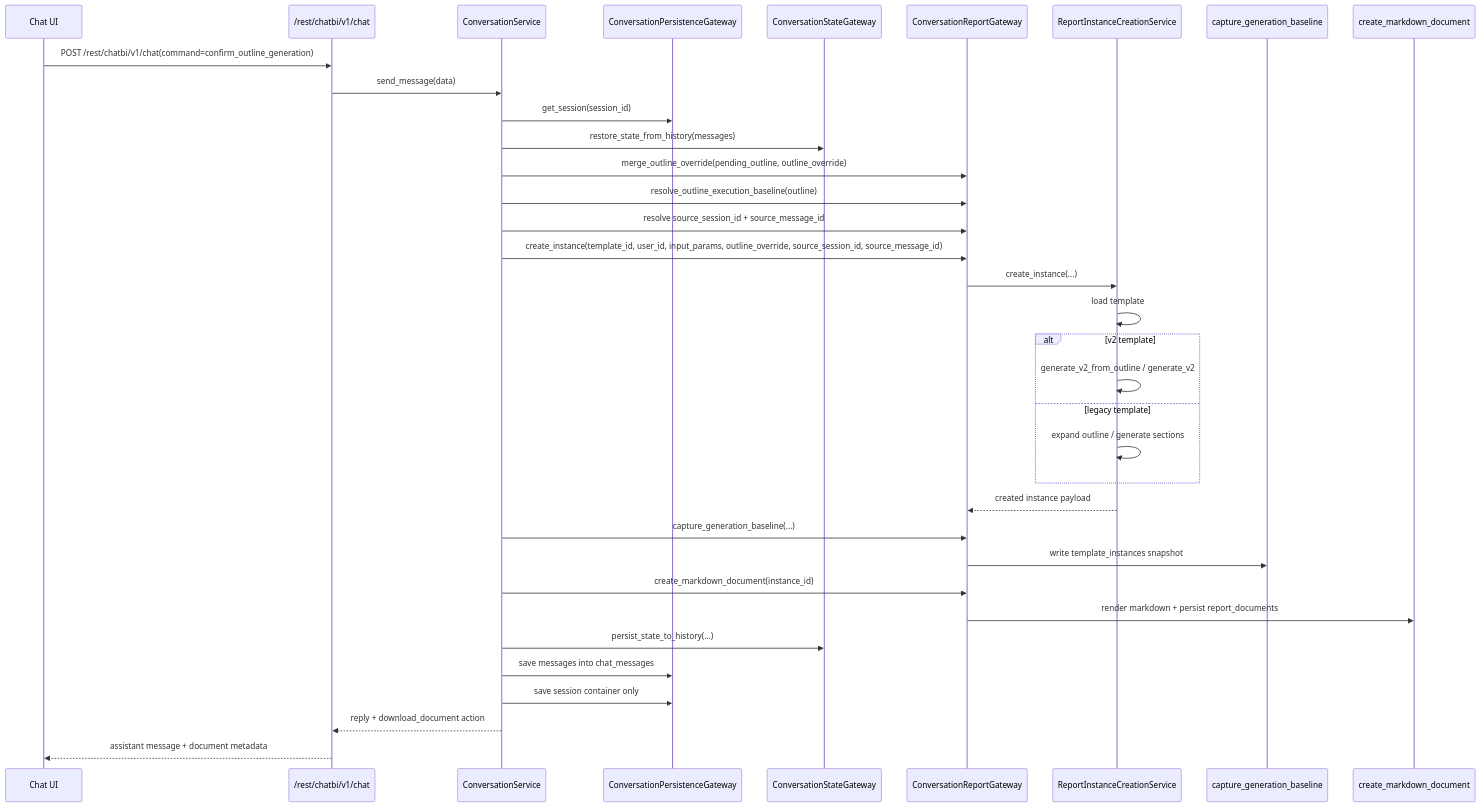
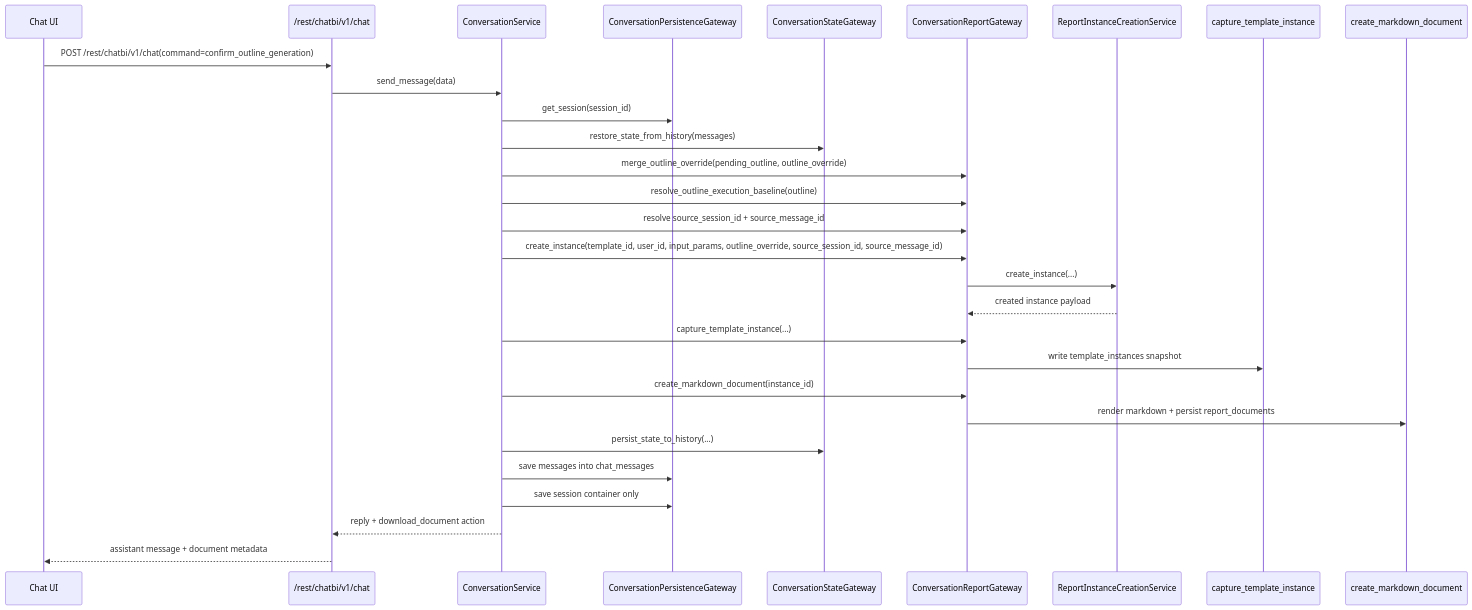
The first of 3 diagrams in design/implementation/runtime_sequences.md (shel447/ReportSystem), drawn with Mermaid before and after one commit. The commit also changed other lines of this file and 15 other files, not shown here.

````diff
--- a/design/implementation/runtime_sequences.md
+++ b/design/implementation/runtime_sequences.md
@@ -19,38 +19,32 @@
 ```mermaid
 sequenceDiagram
     participant UI as Chat UI
     participant API as /rest/chatbi/v1/chat
     participant Conv as ConversationService
     participant Persist as ConversationPersistenceGateway
     participant State as ConversationStateGateway
     participant Report as ConversationReportGateway
     participant Runtime as ReportInstanceCreationService
-    participant Baseline as capture_generation_baseline
+    participant Baseline as capture_template_instance
     participant Doc as create_markdown_document
 
     UI->>API: POST /rest/chatbi/v1/chat(command=confirm_outline_generation)
     API->>Conv: send_message(data)
     Conv->>Persist: get_session(session_id)
     Conv->>State: restore_state_from_history(messages)
     Conv->>Report: merge_outline_override(pending_outline, outline_override)
     Conv->>Report: resolve_outline_execution_baseline(outline)
     Conv->>Report: resolve source_session_id + source_message_id
     Conv->>Report: create_instance(template_id, user_id, input_params, outline_override, source_session_id, source_message_id)
     Report->>Runtime: create_instance(...)
-    Runtime->>Runtime: load template
-    alt v2 template
-        Runtime->>Runtime: generate_v2_from_outline / generate_v2
-    else legacy template
-        Runtime->>Runtime: expand outline / generate sections
-    end
     Runtime-->>Report: created instance payload
-    Conv->>Report: capture_generation_baseline(...)
+    Conv->>Report: capture_template_instance(...)
     Report->>Baseline: write template_instances snapshot
     Conv->>Report: create_markdown_document(instance_id)
     Report->>Doc: render markdown + persist report_documents
     Conv->>State: persist_state_to_history(...)
     Conv->>Persist: save messages into chat_messages
     Conv->>Persist: save session container only
     Conv-->>API: reply + download_document action
     API-->>UI: assistant message + document metadata
 ```
````
